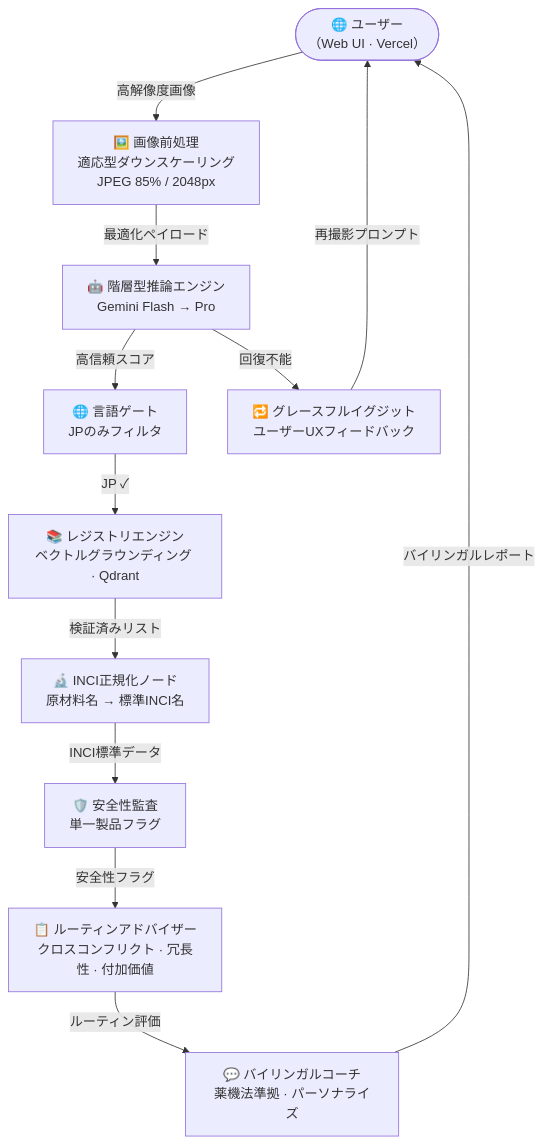
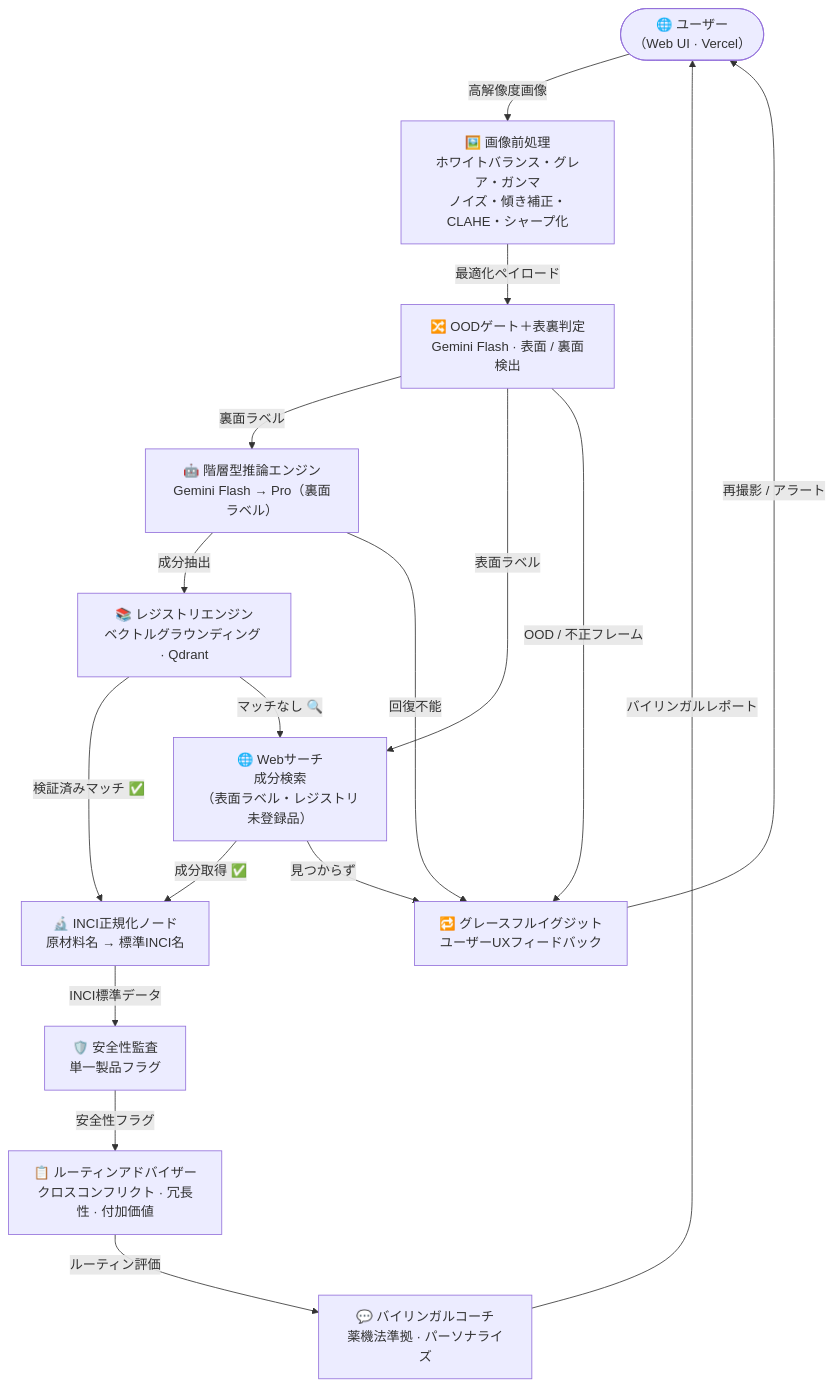
One commit to dvallslanaquera/skingraph changed the first of 6 diagrams in README.md. Above: the diagram before and after it, drawn with Mermaid. The commit also changed other lines of this file and 44 other files, not shown here.

Commit message:
docs: updated Mermaid diagrams representing the new architecture

````diff
--- a/README.md
+++ b/README.md
@@ -67,25 +67,31 @@
 ```mermaid
 flowchart TB
     User(["🌐 ユーザー\n（Web UI · Vercel）"])
-    Ingest["🖼️ 画像前処理\n適応型ダウンスケーリング\nJPEG 85% / 2048px"]
-    VLM["🤖 階層型推論エンジン\nGemini Flash → Pro"]
-    LangGate["🌐 言語ゲート\nJPのみフィルタ"]
+    Ingest["🖼️ 画像前処理\nホワイトバランス・グレア・ガンマ\nノイズ・傾き補正・CLAHE・シャープ化"]
+    Classify["🔀 OODゲート＋表裏判定\nGemini Flash · 表面 / 裏面検出"]
+    VLM["🤖 階層型推論エンジン\nGemini Flash → Pro（裏面ラベル）"]
     Registry["📚 レジストリエンジン\nベクトルグラウンディング · Qdrant"]
+    WebSearch["🌐 Webサーチ\n成分検索\n（表面ラベル・レジストリ未登録品）"]
     Normalizer["🔬 INCI正規化ノード\n原材料名 → 標準INCI名"]
     Auditor["🛡️ 安全性監査\n単一製品フラグ"]
     RoutineAdvisor["📋 ルーティンアドバイザー\nクロスコンフリクト · 冗長性 · 付加価値"]
     Coach["💬 バイリンガルコーチ\n薬機法準拠 · パーソナライズ"]
     Retake["🔁 グレースフルイグジット\nユーザーUXフィードバック"]
 
     User -->|"高解像度画像"| Ingest
-    Ingest -->|"最適化ペイロード"| VLM
-    VLM -->|"高信頼スコア"| LangGate
+    Ingest -->|"最適化ペイロード"| Classify
+    Classify -->|"裏面ラベル"| VLM
+    Classify -->|"表面ラベル"| WebSearch
+    Classify -->|"OOD / 不正フレーム"| Retake
+    VLM -->|"成分抽出"| Registry
     VLM -->|"回復不能"| Retake
-    LangGate -->|"JP ✓"| Registry
-    Registry -->|"検証済みリスト"| Normalizer
+    Registry -->|"検証済みマッチ ✅"| Normalizer
+    Registry -->|"マッチなし 🔍"| WebSearch
+    WebSearch -->|"成分取得 ✅"| Normalizer
+    WebSearch -->|"見つからず"| Retake
     Normalizer -->|"INCI標準データ"| Auditor
     Auditor -->|"安全性フラグ"| RoutineAdvisor
     RoutineAdvisor -->|"ルーティン評価"| Coach
     Coach -->|"バイリンガルレポート"| User
-    Retake -->|"再撮影プロンプト"| User
+    Retake -->|"再撮影 / アラート"| User
 ```
````
